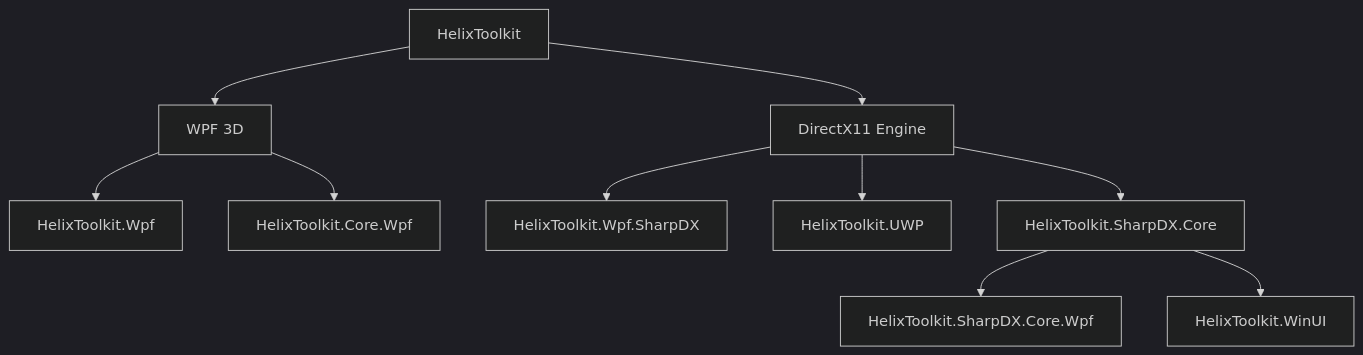
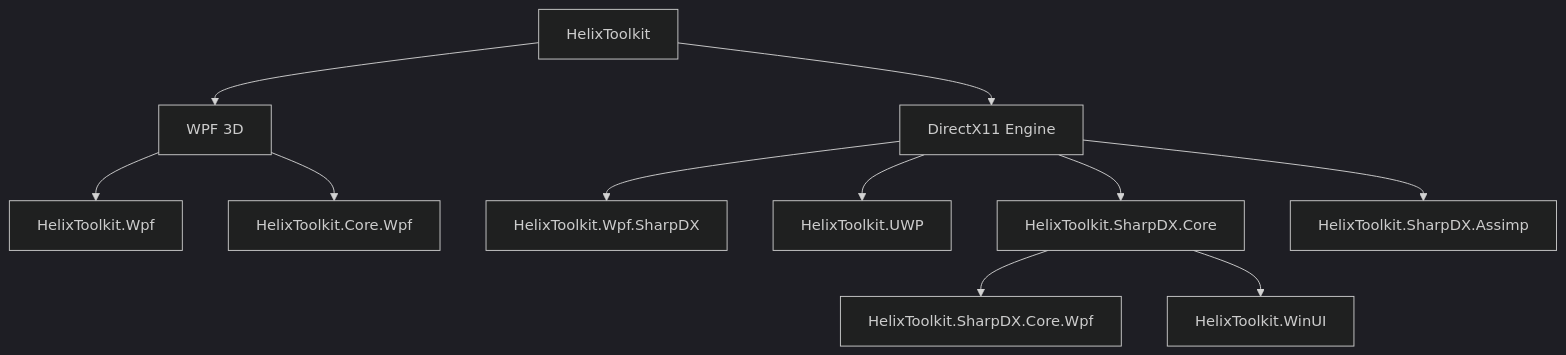
The diagram in README.md (helix-toolkit/helix-toolkit), drawn with Mermaid (dark theme) before and after one commit.

````diff
--- a/README.md
+++ b/README.md
@@ -74,12 +74,13 @@
 ```mermaid
 graph TD
     hx[HelixToolkit] --> wpfdx9[WPF 3D]
     hx --> dx11[DirectX11 Engine]
     wpfdx9 --> hxWpf[HelixToolkit.Wpf]
     wpfdx9 --> hxCoreWpf[HelixToolkit.Core.Wpf]
     dx11 --> hxSharpDX[HelixToolkit.Wpf.SharpDX]
     dx11 --> hxUWP[HelixToolkit.UWP]
     dx11 --> hxCore[HelixToolkit.SharpDX.Core]
     hxCore --> hxWinUI[HelixToolkit.SharpDX.Core.Wpf]
     hxCore --> hxSharpDXCoreWpf[HelixToolkit.WinUI]
+    dx11 --> hxAssimp[HelixToolkit.SharpDX.Assimp]
 ```
````
